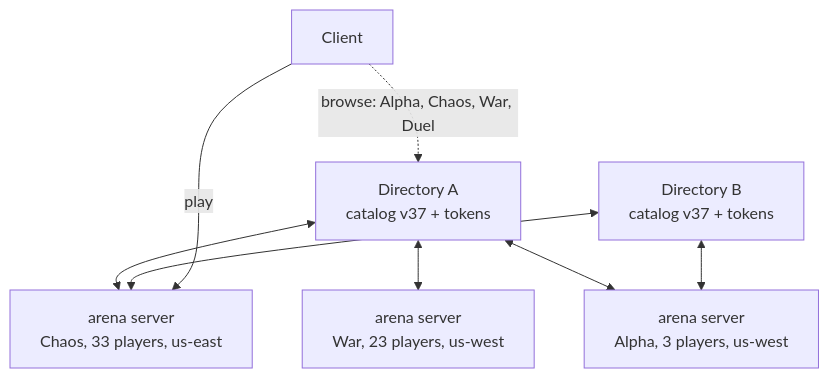
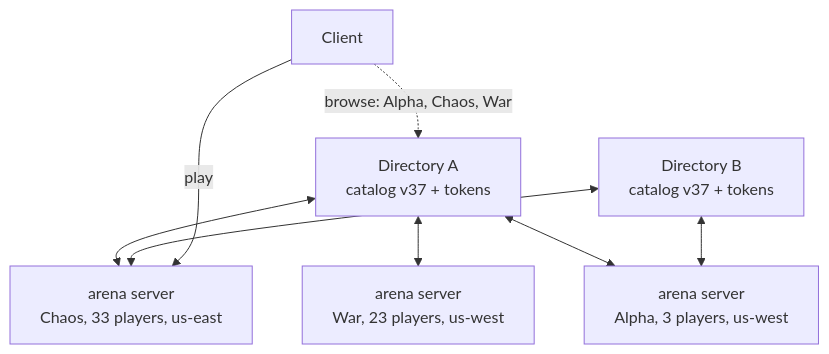
Before and after one commit to criccomini/vectorwake: the first of 2 diagrams in docs/architecture/zones-and-arenas.md, drawn with Mermaid. The commit also changed other lines of this file and 67 other files, not shown here.

````diff
--- a/docs/architecture/zones-and-arenas.md
+++ b/docs/architecture/zones-and-arenas.md
@@ -48,12 +48,12 @@
 ```mermaid
 flowchart TB
     D1["Directory A<br/>catalog v37 + tokens"]
     D2["Directory B<br/>catalog v37 + tokens"]
     A1["arena server<br/>Chaos, 33 players, us-east"]
     A2["arena server<br/>War, 23 players, us-west"]
     A3["arena server<br/>Alpha, 3 players, us-west"]
     D1 <--> A1 & A2 & A3
     D2 <--> A1 & A3
-    P["Client"] -. "browse: Alpha, Chaos, War, Duel" .-> D1
+    P["Client"] -. "browse: Alpha, Chaos, War" .-> D1
     P -- play --> A1
 ```
````
